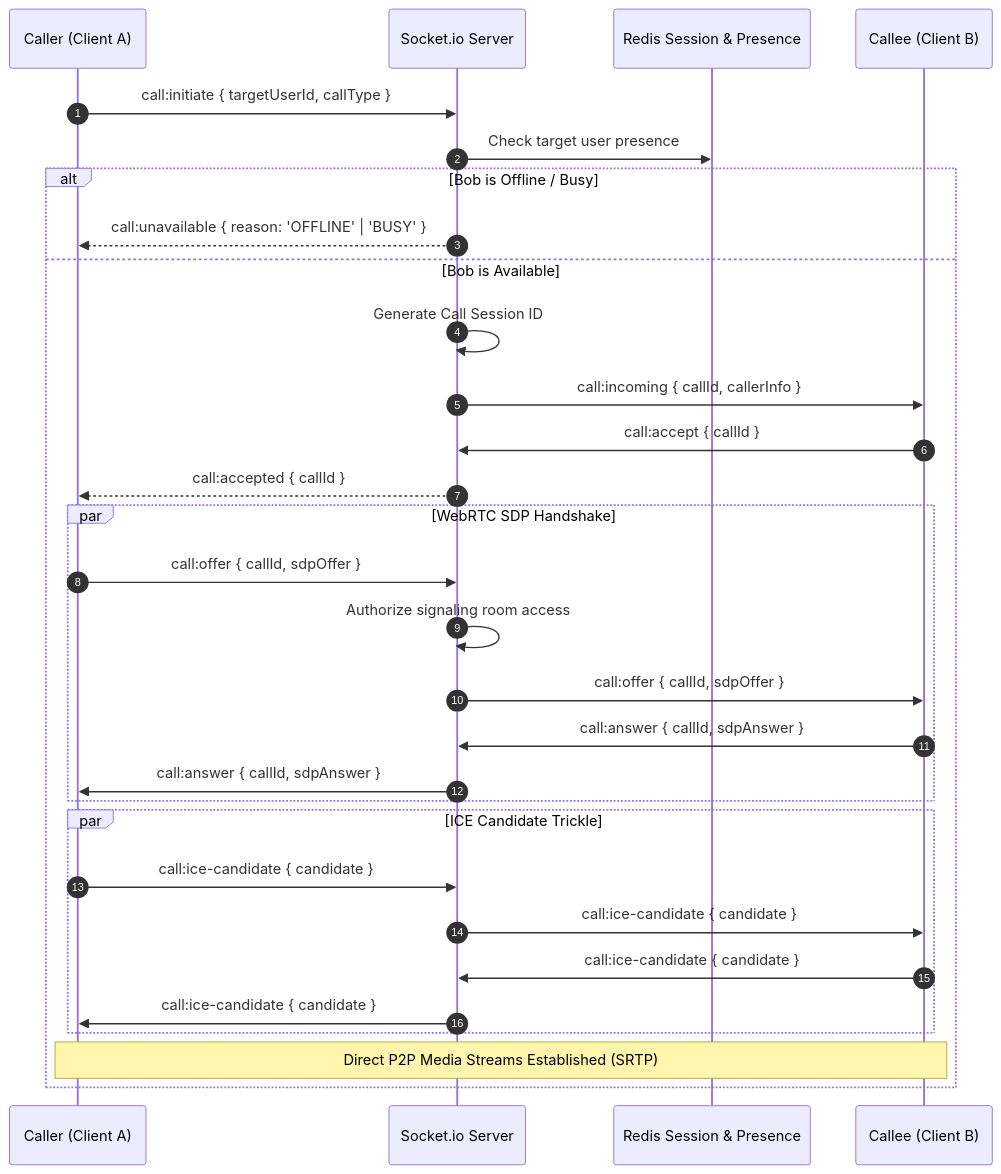
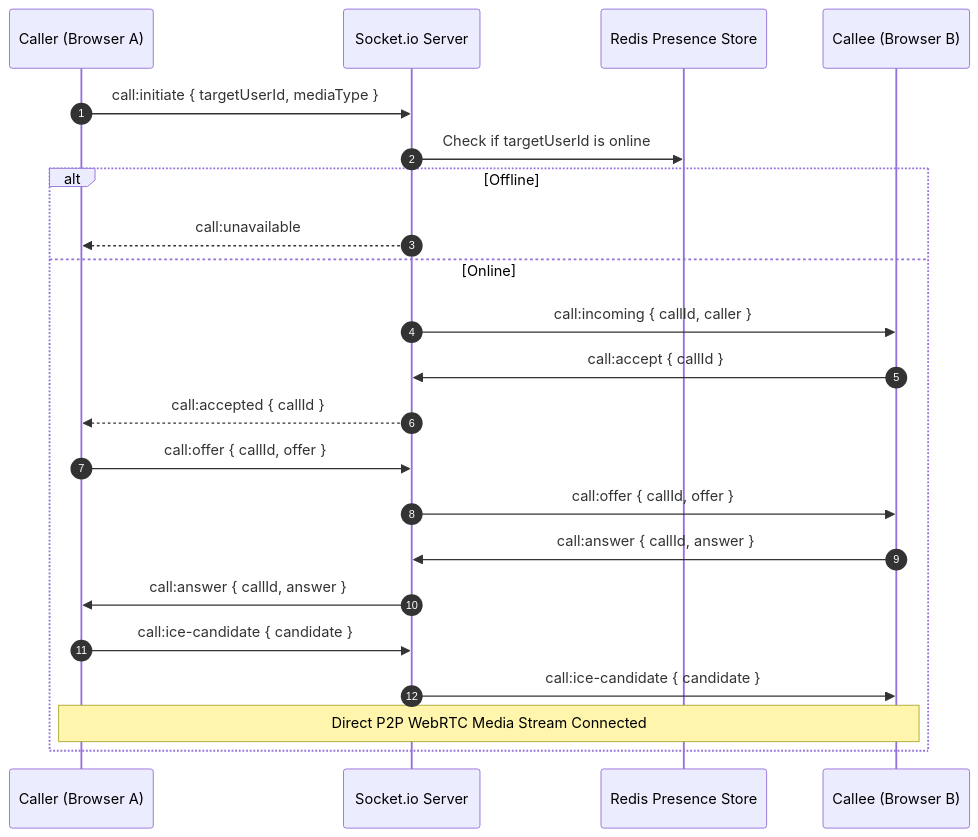
The fourth of 5 diagrams in README.md (Nasif284/Voymate-Server), drawn with Mermaid before and after one commit. The commit also changed other lines of this file, not shown here.

````diff
--- a/README.md
+++ b/README.md
@@ -238,36 +189,25 @@
 ```mermaid
 sequenceDiagram
     autonumber
-    participant Alice as Caller (Client A)
+    participant Caller as Caller (Browser A)
     participant Socket as Socket.io Server
-    participant Redis as Redis Session & Presence
-    participant Bob as Callee (Client B)
+    participant Redis as Redis Presence Store
+    participant Callee as Callee (Browser B)
 
-    Alice->>Socket: call:initiate { targetUserId, callType }
-    Socket->>Redis: Check target user presence
-    alt Bob is Offline / Busy
-        Socket-->>Alice: call:unavailable { reason: 'OFFLINE' | 'BUSY' }
-    else Bob is Available
-        Socket->>Socket: Generate Call Session ID
-        Socket->>Bob: call:incoming { callId, callerInfo }
-        Bob->>Socket: call:accept { callId }
-        Socket-->>Alice: call:accepted { callId }
-
-        par WebRTC SDP Handshake
-            Alice->>Socket: call:offer { callId, sdpOffer }
-            Socket->>Socket: Authorize signaling room access
-            Socket->>Bob: call:offer { callId, sdpOffer }
-            Bob->>Socket: call:answer { callId, sdpAnswer }
-            Socket->>Alice: call:answer { callId, sdpAnswer }
-        end
-
-        par ICE Candidate Trickle
-            Alice->>Socket: call:ice-candidate { candidate }
-            Socket->>Bob: call:ice-candidate { candidate }
-            Bob->>Socket: call:ice-candidate { candidate }
-            Socket->>Alice: call:ice-candidate { candidate }
-        end
-
-        Note over Alice,Bob: Direct P2P Media Streams Established (SRTP)
+    Caller->>Socket: call:initiate { targetUserId, mediaType }
+    Socket->>Redis: Check if targetUserId is online
+    alt Offline
+        Socket-->>Caller: call:unavailable
+    else Online
+        Socket->>Callee: call:incoming { callId, caller }
+        Callee->>Socket: call:accept { callId }
+        Socket-->>Caller: call:accepted { callId }
+        Caller->>Socket: call:offer { callId, offer }
+        Socket->>Callee: call:offer { callId, offer }
+        Callee->>Socket: call:answer { callId, answer }
+        Socket->>Caller: call:answer { callId, answer }
+        Caller->>Socket: call:ice-candidate { candidate }
+        Socket->>Callee: call:ice-candidate { candidate }
+        Note over Caller,Callee: Direct P2P WebRTC Media Stream Connected
     end
 ```
````
